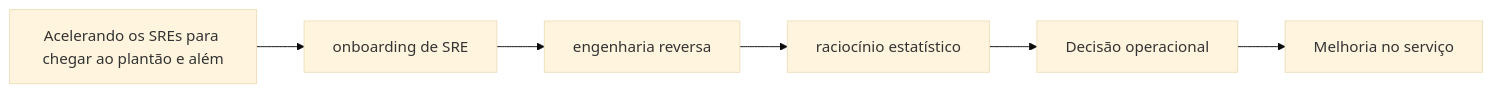
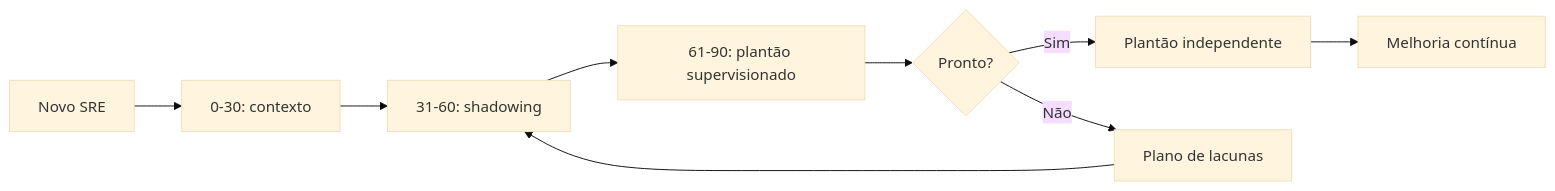
One commit to rafaelrezo/curso-engenharia-confiabilidade changed the diagram in docs/capitulos/capitulo-19.md. Above: the diagram before and after it, drawn with Mermaid (base theme). The commit also changed other lines of this file and 31 other files, not shown here.

Commit message:
Melhora plano SRE do curso

````diff
--- a/docs/capitulos/capitulo-19.md
+++ b/docs/capitulos/capitulo-19.md
@@ -97,8 +135,11 @@
 ```mermaid
 flowchart LR
-    Tema["Acelerando os SREs para chegar ao plantão e além"] --> C1["onboarding de SRE"]
-    C1 --> C2["engenharia reversa"]
-    C2 --> C3["raciocínio estatístico"]
-    C3 --> Decisao["Decisão operacional"]
-    Decisao --> Acao["Melhoria no serviço"]
+    Inicio["Novo SRE"] --> D30["0-30: contexto"]
+    D30 --> D60["31-60: shadowing"]
+    D60 --> D90["61-90: plantão supervisionado"]
+    D90 --> Gate{"Pronto?"}
+    Gate -->|Sim| Indep["Plantão independente"]
+    Gate -->|Não| Plano["Plano de lacunas"]
+    Plano --> D60
+    Indep --> Melhoria["Melhoria contínua"]
 ```
````
